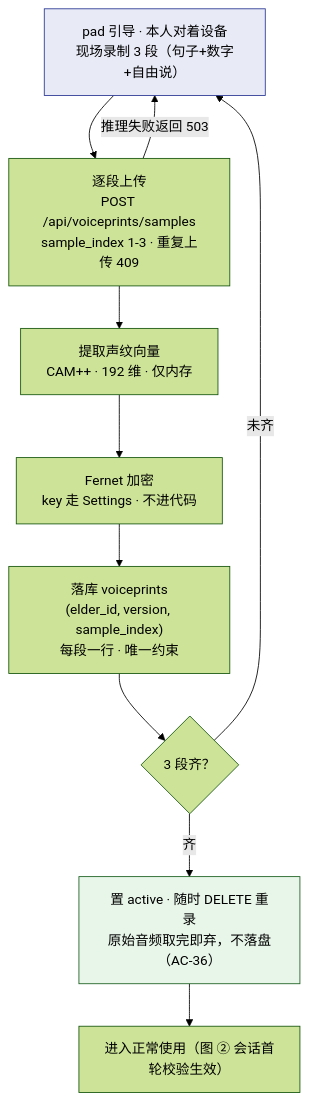
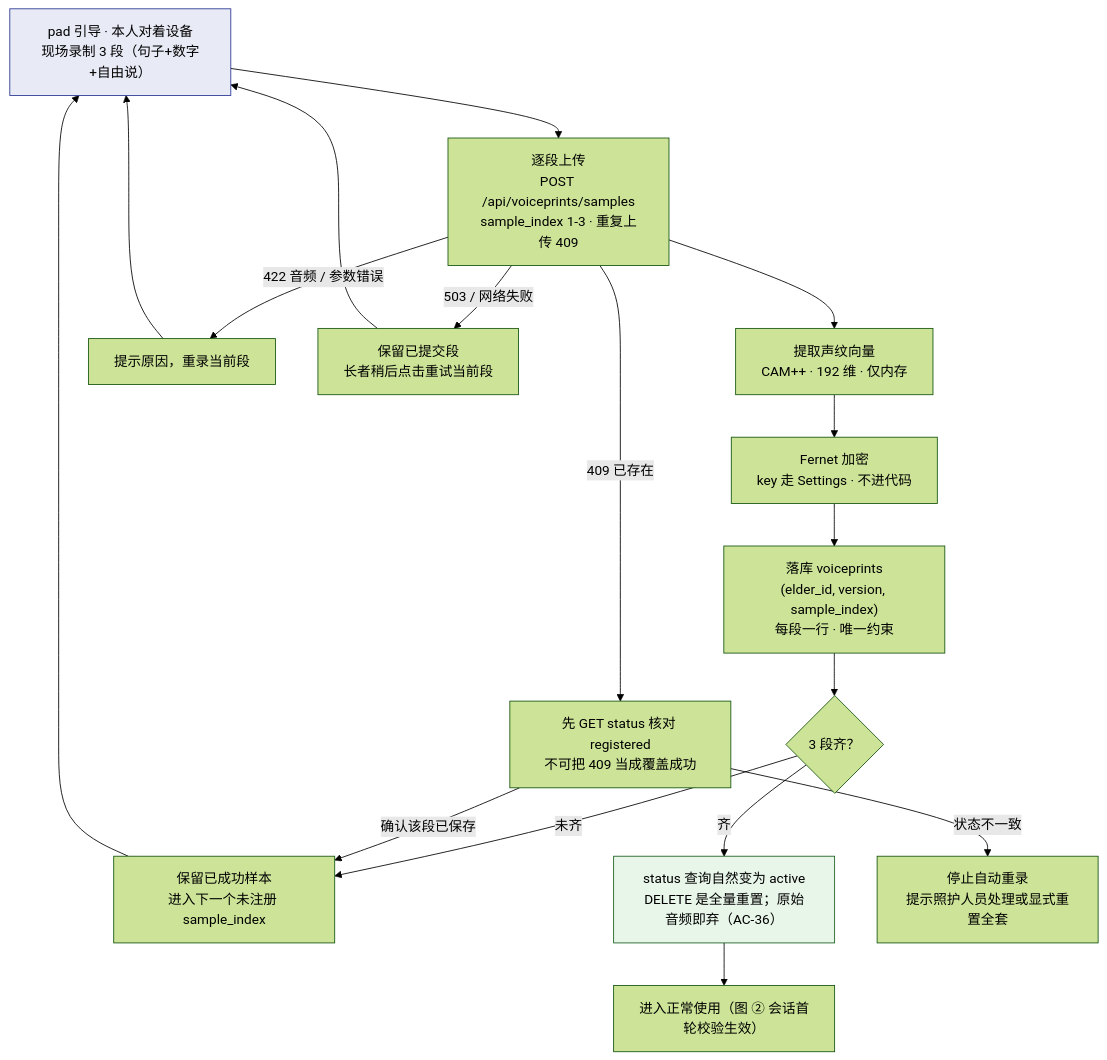
Before and after one commit to zha-yu/kangban: the ninth of 10 diagrams in docs/plans/day04/day-04-3D与身份闭环.md, drawn with Mermaid (forest theme). The commit also changed other lines of this file and 10 other files, not shown here.

````diff
--- a/docs/plans/day04/day-04-3D与身份闭环.md
+++ b/docs/plans/day04/day-04-3D与身份闭环.md
@@ -348,15 +387,22 @@
 ```mermaid
 flowchart TD
     E["pad 引导 · 本人对着设备<br/>现场录制 3 段（句子+数字+自由说）"]
     E --> F["逐段上传<br/>POST /api/voiceprints/samples<br/>sample_index 1-3 · 重复上传 409"]
     F --> G["提取声纹向量<br/>CAM++ · 192 维 · 仅内存"]
     G --> H["Fernet 加密<br/>key 走 Settings · 不进代码"]
     H --> I["落库 voiceprints<br/>(elder_id, version, sample_index)<br/>每段一行 · 唯一约束"]
     I --> J{"3 段齐？"}
-    J -- "未齐" --> E
-    J -- "齐" --> K["置 active · 随时 DELETE 重录<br/>原始音频取完即弃，不落盘（AC-36）"]
+    J -- "未齐" --> NEXT["保留已成功样本<br/>进入下一个未注册 sample_index"]
+    NEXT --> E
+    J -- "齐" --> K["status 查询自然变为 active<br/>DELETE 是全量重置；原始音频即弃（AC-36）"]
     K --> Y2["进入正常使用（图 ② 会话首轮校验生效）"]
-    F -- "推理失败返回 503" --> E
+    F -- "422 音频 / 参数错误" --> RETAKE["提示原因，重录当前段"]
+    F -- "503 / 网络失败" --> RETRY["保留已提交段<br/>长者稍后点击重试当前段"]
+    F -- "409 已存在" --> CHECK["先 GET status 核对 registered<br/>不可把 409 当成覆盖成功"]
+    CHECK -- "确认该段已保存" --> NEXT
+    CHECK -- "状态不一致" --> STOP["停止自动重录<br/>提示照护人员处理或显式重置全套"]
+    RETAKE --> E
+    RETRY --> E
     style K fill:#e8f5e9,stroke:#1b5e20
     style E fill:#e8eaf6,stroke:#283593
 ```
````
